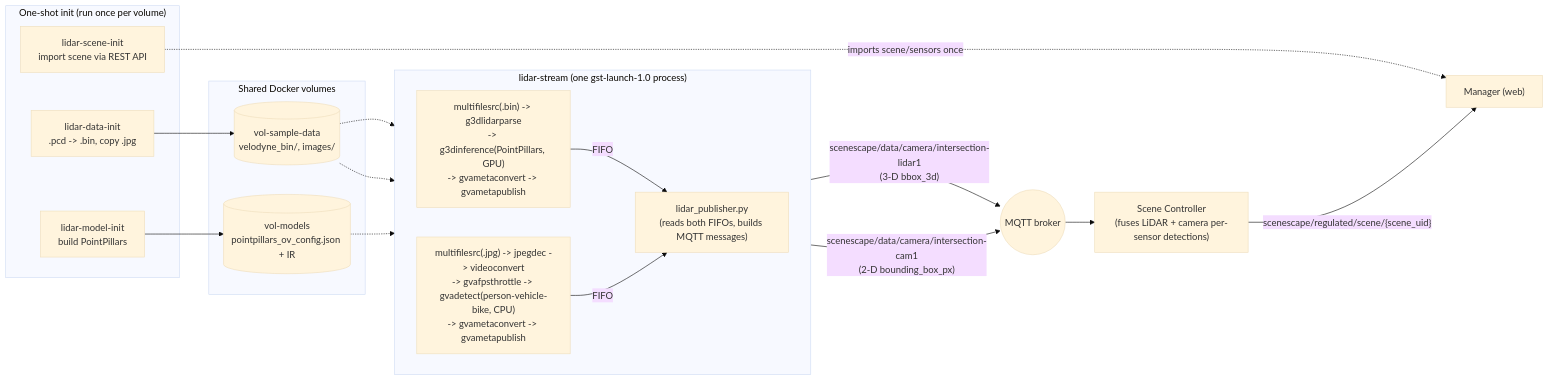
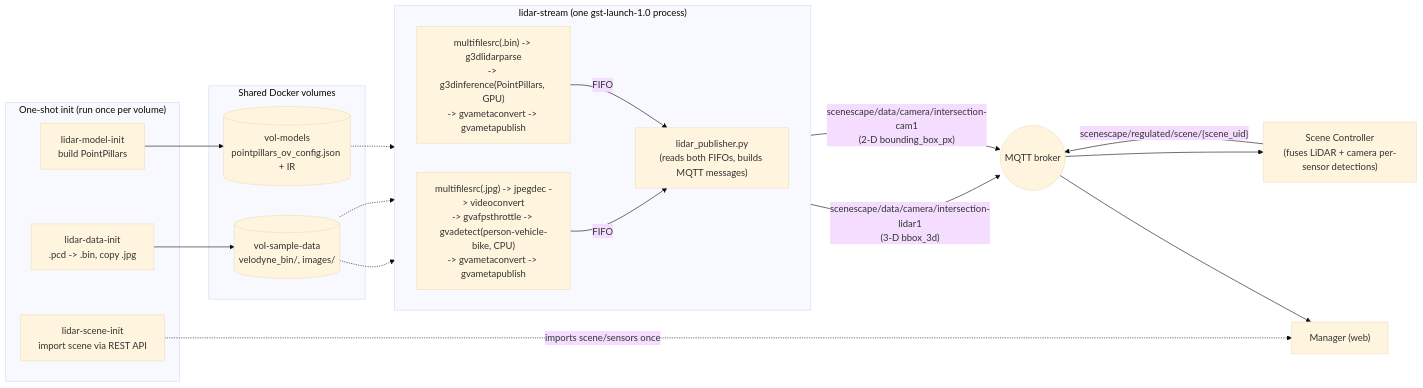
The diagram in docs/user-guide/how-to-guides/run-lidar-intersection-demo.md (open-edge-platform/scenescape), drawn with Mermaid (base theme) before and after one commit.

Commit message:
Update diagram

````diff
--- a/docs/user-guide/how-to-guides/run-lidar-intersection-demo.md
+++ b/docs/user-guide/how-to-guides/run-lidar-intersection-demo.md
@@ -54,32 +54,33 @@
 ```mermaid
 flowchart LR
     subgraph init["One-shot init (run once per volume)"]
         DataInit["lidar-data-init\n.pcd -> .bin, copy .jpg"]
         ModelInit["lidar-model-init\nbuild PointPillars"]
         SceneInit["lidar-scene-init\nimport scene via REST API"]
     end
     subgraph vols["Shared Docker volumes"]
         SampleVol[("vol-sample-data\nvelodyne_bin/, images/")]
         ModelVol[("vol-models\npointpillars_ov_config.json + IR")]
     end
     DataInit --> SampleVol
     ModelInit --> ModelVol
 
     subgraph stream["lidar-stream (one gst-launch-1.0 process)"]
         direction LR
         LidarBranch["multifilesrc(.bin) -> g3dlidarparse\n-> g3dinference(PointPillars, GPU)\n-> gvametaconvert -> gvametapublish"]
         CamBranch["multifilesrc(.jpg) -> jpegdec -> videoconvert\n-> gvafpsthrottle -> gvadetect(person-vehicle-bike, CPU)\n-> gvametaconvert -> gvametapublish"]
         Pub["lidar_publisher.py\n(reads both FIFOs, builds MQTT messages)"]
         LidarBranch -->|FIFO| Pub
         CamBranch -->|FIFO| Pub
     end
     SampleVol -.-> LidarBranch
     SampleVol -.-> CamBranch
     ModelVol -.-> LidarBranch
 
     Pub -->|"scenescape/data/camera/intersection-lidar1\n(3-D bbox_3d)"| MQTT((MQTT broker))
     Pub -->|"scenescape/data/camera/intersection-cam1\n(2-D bounding_box_px)"| MQTT
     SceneInit -.->|imports scene/sensors once| Manager["Manager (web)"]
     MQTT --> Controller["Scene Controller\n(fuses LiDAR + camera per-sensor detections)"]
-    Controller -->|"scenescape/regulated/scene/{scene_uid}"| Manager
+    Controller -->|"scenescape/regulated/scene/{scene_uid}"| MQTT
+    MQTT --> Manager
 ```
````
